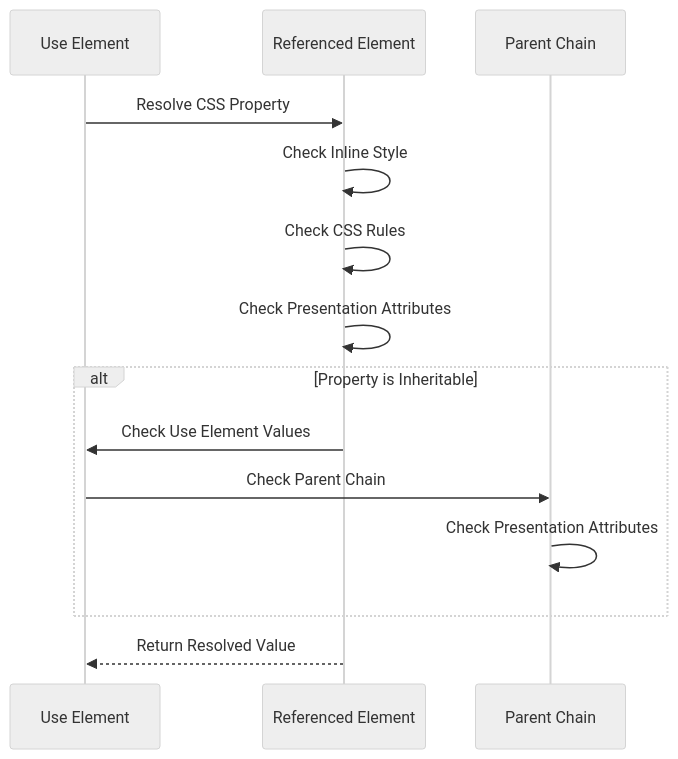
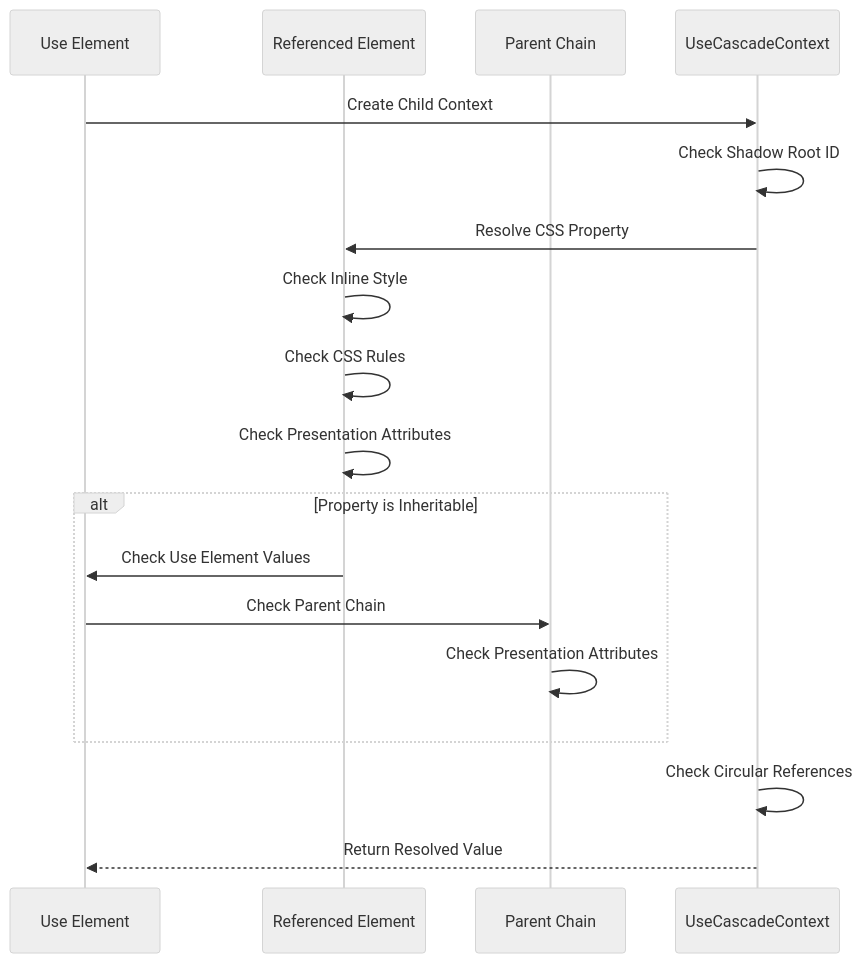
Before and after one commit to denisnadey/flutter_full_svg_support: the fifth of 7 diagrams in .qoder/repowiki/en/content/Animated SVG Support/Advanced Animation Features/Enhanced CSS Variables and Calculations/CSS Cascade System.md, drawn with Mermaid (neutral theme). The commit also changed other lines of this file and 40 other files, not shown here.

````diff
--- a/.qoder/repowiki/en/content/Animated SVG Support/Advanced Animation Features/Enhanced CSS Variables and Calculations/CSS Cascade System.md
+++ b/.qoder/repowiki/en/content/Animated SVG Support/Advanced Animation Features/Enhanced CSS Variables and Calculations/CSS Cascade System.md
@@ -239,16 +287,20 @@
 ```mermaid
 sequenceDiagram
 participant U as Use Element
 participant R as Referenced Element
 participant P as Parent Chain
-U->>R : Resolve CSS Property
+participant C as UseCascadeContext
+U->>C : Create Child Context
+C->>C : Check Shadow Root ID
+C->>R : Resolve CSS Property
 R->>R : Check Inline Style
 R->>R : Check CSS Rules
 R->>R : Check Presentation Attributes
 alt Property is Inheritable
 R->>U : Check Use Element Values
 U->>P : Check Parent Chain
 P->>P : Check Presentation Attributes
 end
-R-->>U : Return Resolved Value
+C->>C : Check Circular References
+C-->>U : Return Resolved Value
 ```
````
